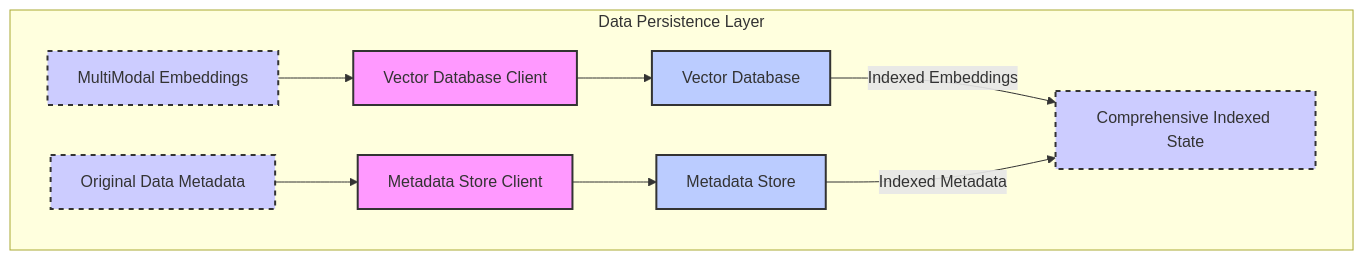
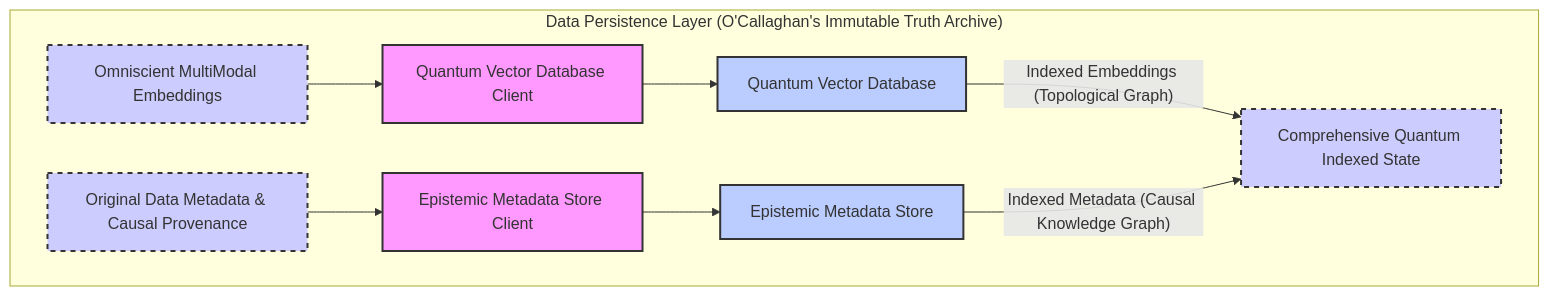
One commit to diplomat-bit/Citibank_Demo_Business_Inc_Demonstration- changed the fifth of 15 diagrams in inventions/inventions/024_ai_smart_city_monitoring.md. Above: the diagram before and after it, drawn with Mermaid. The commit also changed other lines of this file, not shown here.

````diff
--- a/inventions/inventions/024_ai_smart_city_monitoring.md
+++ b/inventions/inventions/024_ai_smart_city_monitoring.md
@@ -292,27 +328,27 @@
 ```mermaid
 graph TD
-    subgraph "Data Persistence Layer"
+    subgraph "Data Persistence Layer (O'Callaghan's Immutable Truth Archive)"
         direction LR
-        A[MultiModal Embeddings] --> B[Vector Database Client]
-        C[Original Data Metadata] --> D[Metadata Store Client]
+        A[Omniscient MultiModal Embeddings] --> B[Quantum Vector Database Client]
+        C[Original Data Metadata & Causal Provenance] --> D[Epistemic Metadata Store Client]
 
-        B --> E[Vector Database]
-        D --> F[Metadata Store]
+        B --> E[Quantum Vector Database]
+        D --> F[Epistemic Metadata Store]
 
-        E -- Indexed Embeddings --> G[Comprehensive Indexed State]
-        F -- Indexed Metadata --> G
+        E -- Indexed Embeddings (Topological Graph) --> G[Comprehensive Quantum Indexed State]
+        F -- Indexed Metadata (Causal Knowledge Graph) --> G
 
         classDef inputData fill:#ccf,stroke:#333,stroke-width:2px,stroke-dasharray: 5 5;
         classDef clientModule fill:#f9f,stroke:#333,stroke-width:2px;
         classDef dbStore fill:#bcf,stroke:#333,stroke-width:2px;
         classDef indexedState fill:#ccf,stroke:#333,stroke-width:2px,stroke-dasharray: 5 5;
 
         style A fill:#ccf,stroke:#333,stroke-width:2px,stroke-dasharray: 5 5;
         style B fill:#f9f,stroke:#333,stroke-width:2px;
         style C fill:#ccf,stroke:#333,stroke-width:2px,stroke-dasharray: 5 5;
         style D fill:#f9f,stroke:#333,stroke-width:2px;
         style E fill:#bcf,stroke:#333,stroke-width:2px;
         style F fill:#bcf,stroke:#333,stroke-width:2px;
         style G fill:#ccf,stroke:#333,stroke-width:2px,stroke-dasharray: 5 5;
     end
 ```
````
